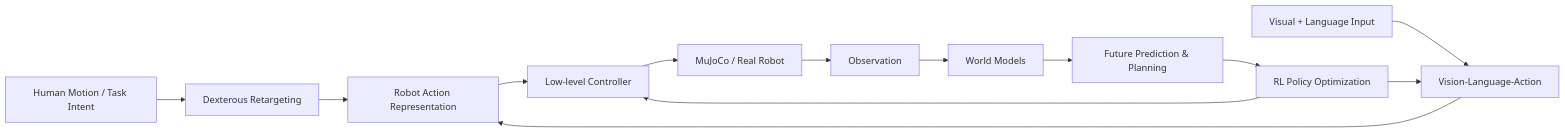
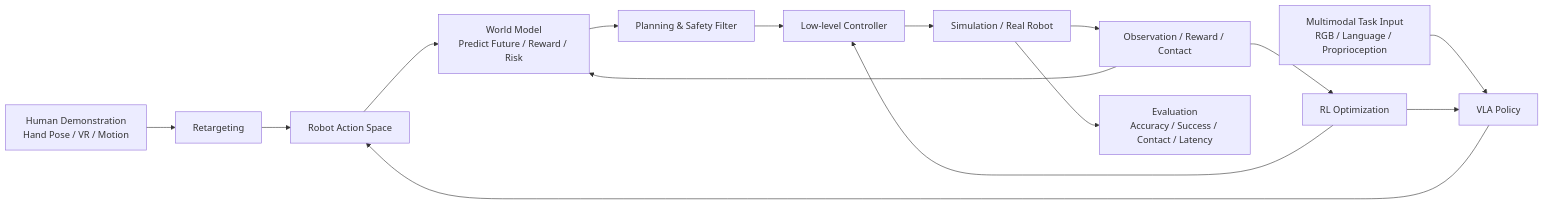
Before and after one commit to Dld0621/Embodied-AI-Zero-to-Hero: the diagram in README.md, drawn with Mermaid. The commit also changed other lines of this file and 10 other files, not shown here.

````diff
--- a/README.md
+++ b/README.md
@@ -58,15 +70,25 @@
 ```mermaid
-graph LR
-    A[Human Motion / Task Intent] --> B[Dexterous Retargeting]
-    B --> C[Robot Action Representation]
-    D[Visual + Language Input] --> E[Vision-Language-Action]
-    E --> C
-    C --> F[Low-level Controller]
-    F --> G[MuJoCo / Real Robot]
-    G --> H[Observation]
-    H --> I[World Models]
-    I --> J[Future Prediction & Planning]
-    J --> K[RL Policy Optimization]
-    K --> E
-    K --> F
+flowchart LR
+    A[Human Demonstration<br/>Hand Pose / VR / Motion]
+    B[Multimodal Task Input<br/>RGB / Language / Proprioception]
+
+    A --> C[Retargeting]
+    B --> D[VLA Policy]
+
+    C --> E[Robot Action Space]
+    D --> E
+
+    E --> F[World Model<br/>Predict Future / Reward / Risk]
+    F --> G[Planning & Safety Filter]
+    G --> H[Low-level Controller]
+
+    H --> I[Simulation / Real Robot]
+    I --> J[Observation / Reward / Contact]
+
+    J --> F
+    J --> K[RL Optimization]
+    K --> D
+    K --> H
+
+    I --> L[Evaluation<br/>Accuracy / Success / Contact / Latency]
 ```
````
